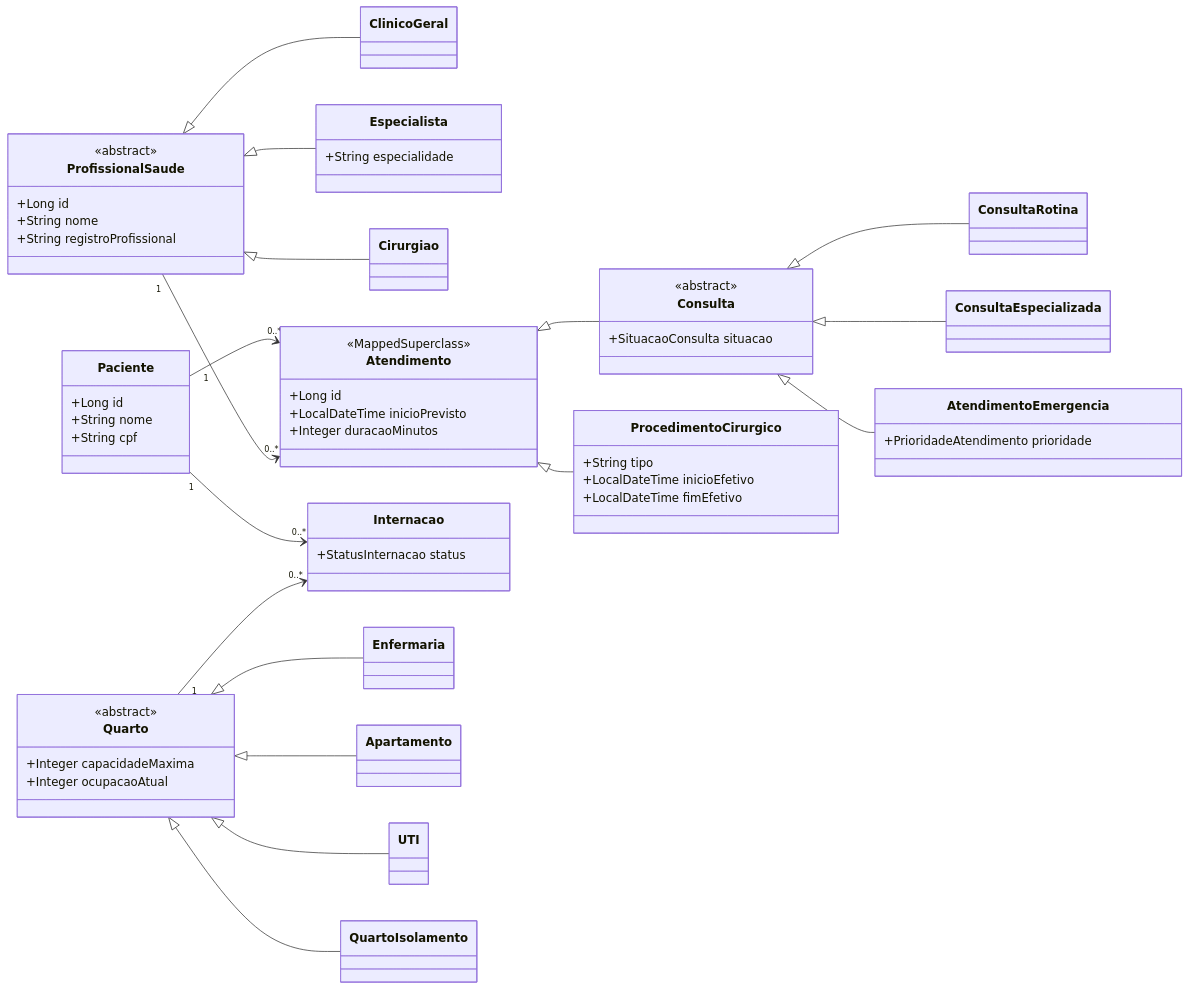
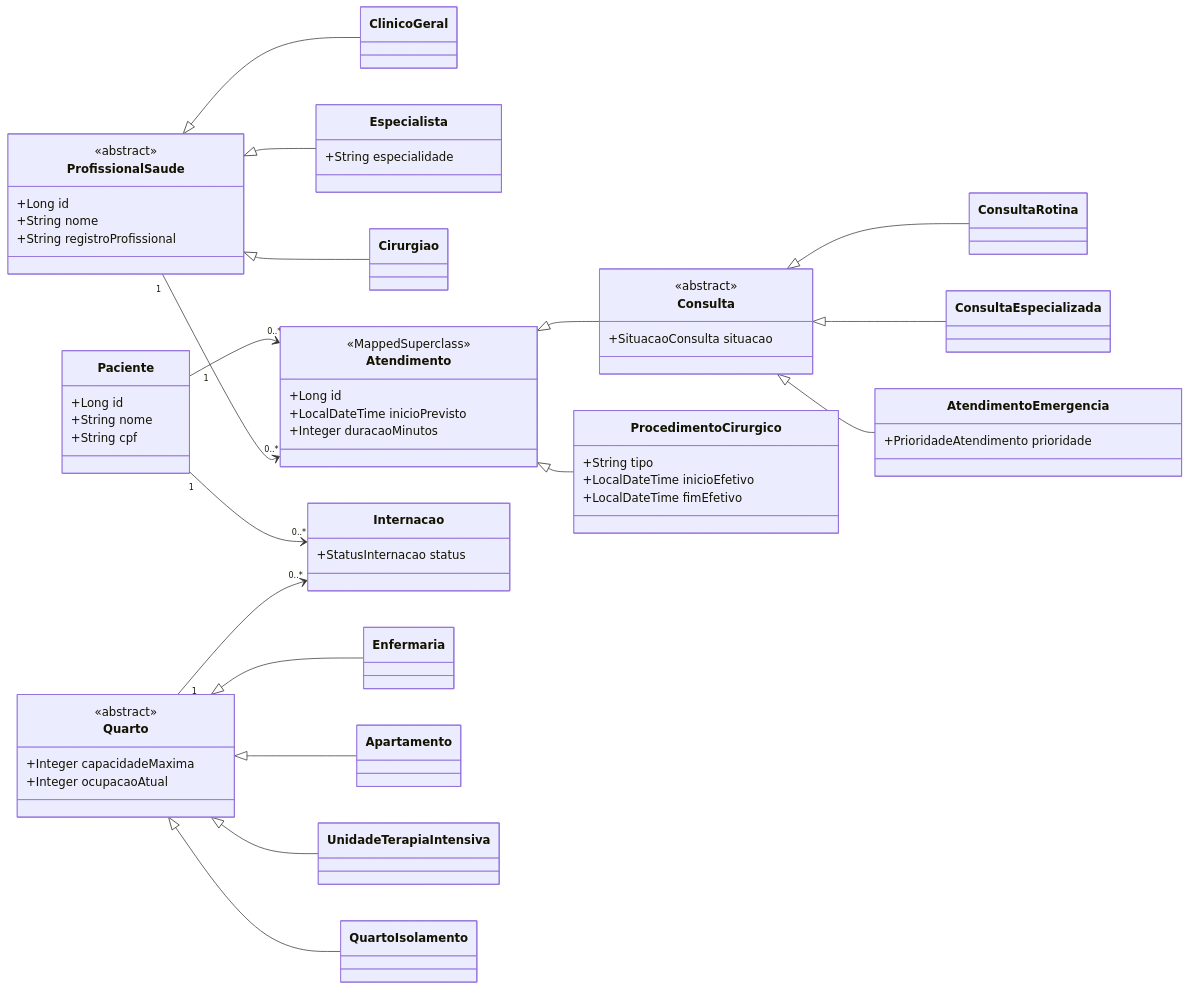
One commit to GiovanaLott/trabalho-pm- changed the diagram in docs/diagrama-classes.mmd. Above: the diagram before and after it, drawn with Mermaid. The commit also changed 11 other files, not shown here.

```diff
--- a/docs/diagrama-classes.mmd
+++ b/docs/diagrama-classes.mmd
@@ -1,66 +1,66 @@
 classDiagram
 direction LR
 class Paciente {
   +Long id
   +String nome
   +String cpf
 }
 class ProfissionalSaude {
   <<abstract>>
   +Long id
   +String nome
   +String registroProfissional
 }
 class ClinicoGeral
 class Especialista {
   +String especialidade
 }
 class Cirurgiao
 ProfissionalSaude <|-- ClinicoGeral
 ProfissionalSaude <|-- Especialista
 ProfissionalSaude <|-- Cirurgiao
 class Atendimento {
   <<MappedSuperclass>>
   +Long id
   +LocalDateTime inicioPrevisto
   +Integer duracaoMinutos
 }
 class Consulta {
   <<abstract>>
   +SituacaoConsulta situacao
 }
 class ConsultaRotina
 class ConsultaEspecializada
 class AtendimentoEmergencia {
   +PrioridadeAtendimento prioridade
 }
 class ProcedimentoCirurgico {
   +String tipo
   +LocalDateTime inicioEfetivo
   +LocalDateTime fimEfetivo
 }
 Atendimento <|-- Consulta
 Atendimento <|-- ProcedimentoCirurgico
 Consulta <|-- ConsultaRotina
 Consulta <|-- ConsultaEspecializada
 Consulta <|-- AtendimentoEmergencia
 class Internacao {
   +StatusInternacao status
 }
 class Quarto {
   <<abstract>>
   +Integer capacidadeMaxima
   +Integer ocupacaoAtual
 }
 class Enfermaria
 class Apartamento
-class UTI
+class UnidadeTerapiaIntensiva
 class QuartoIsolamento
 Quarto <|-- Enfermaria
 Quarto <|-- Apartamento
-Quarto <|-- UTI
+Quarto <|-- UnidadeTerapiaIntensiva
 Quarto <|-- QuartoIsolamento
 Paciente "1" --> "0..*" Atendimento
 ProfissionalSaude "1" --> "0..*" Atendimento
 Paciente "1" --> "0..*" Internacao
 Quarto "1" --> "0..*" Internacao
```
